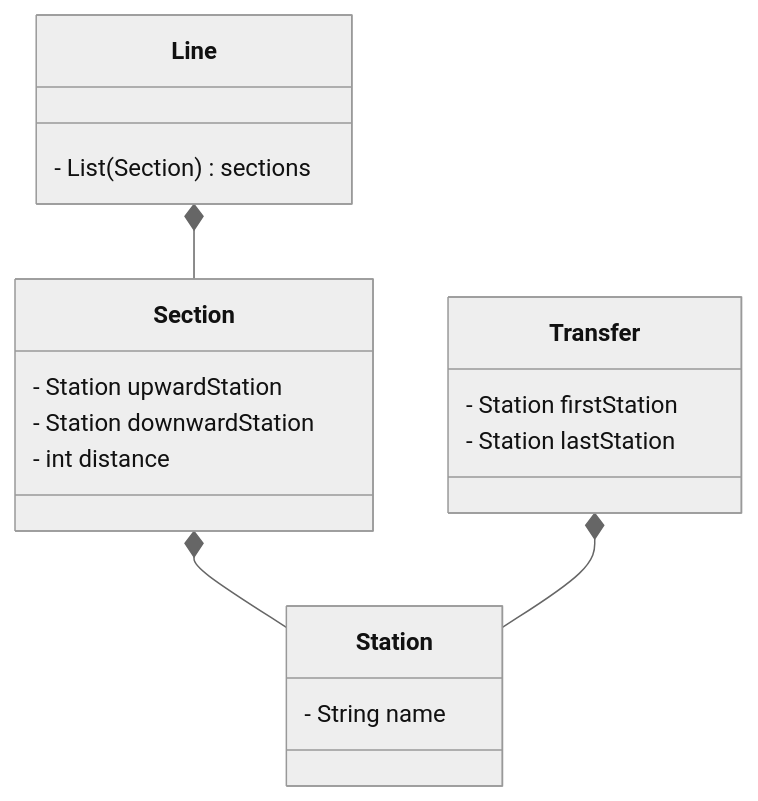
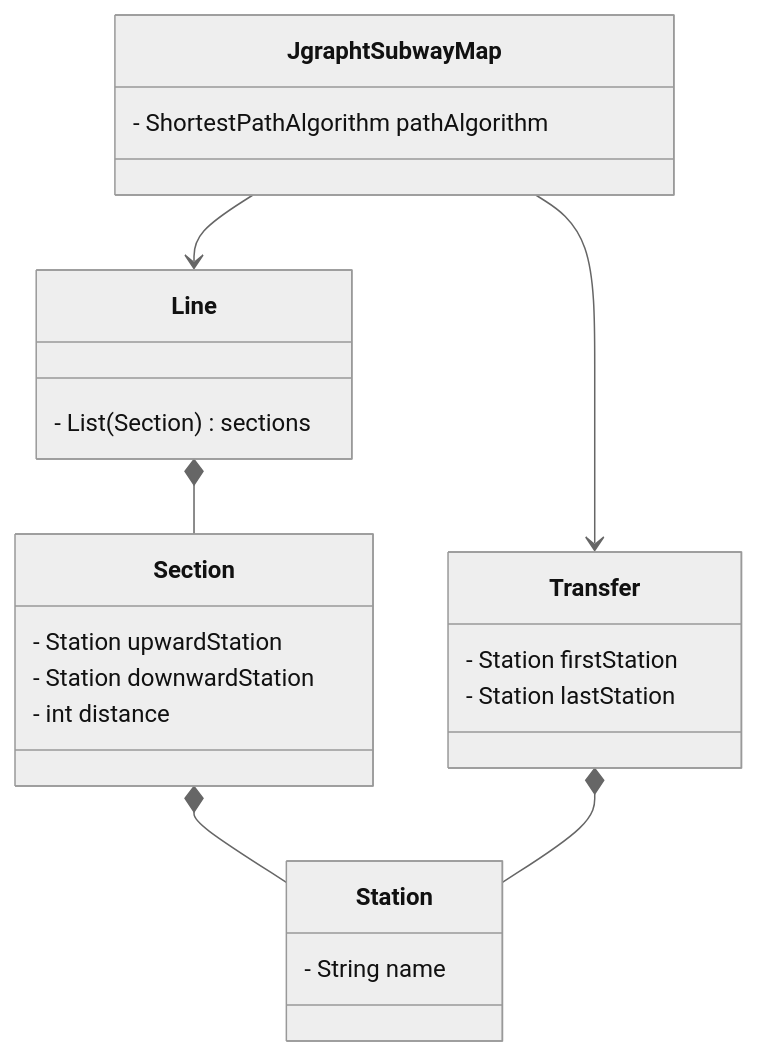
Before and after one commit to woowacourse/jwp-subway-path: the second of 3 diagrams in README.md, drawn with Mermaid (neutral theme). The commit also changed other lines of this file, not shown here.

Commit message:
docs: 클래스 다이어그램, ERD 수정

````diff
--- a/README.md
+++ b/README.md
@@ -30,21 +33,26 @@
 ```mermaid
 classDiagram
+    JgraphtSubwayMap --> Line
+    JgraphtSubwayMap --> Transfer
     Line *-- Section
     Section *-- Station
     Transfer *-- Station
     class Line {
         - List(Section) sections
     }
     class Section {
         - Station upwardStation
         - Station downwardStation
         - int distance
     }
     class Station {
         - String name
     }
     class Transfer {
         - Station firstStation
         - Station lastStation
     }
+    class JgraphtSubwayMap{
+        - ShortestPathAlgorithm pathAlgorithm
+    }
 ```
````
